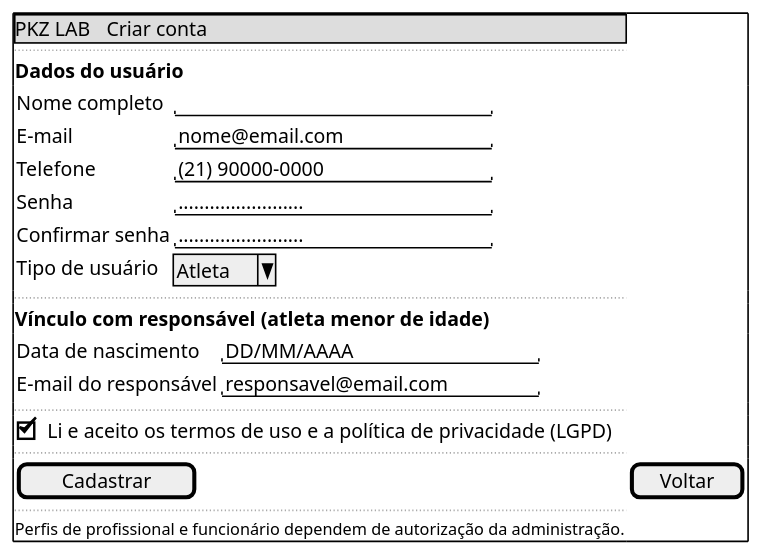
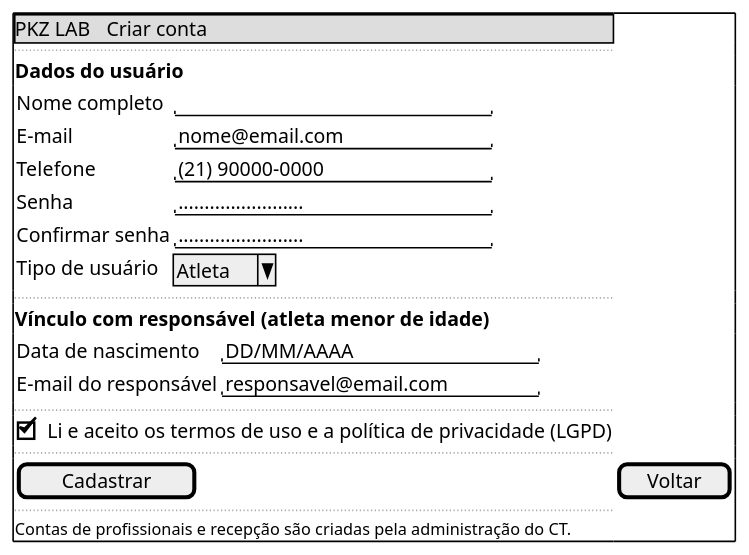
The third of 10 diagrams in docs/Iniciacao/prototipo_baixa_fidelidade.md (Projetos-de-Extensao/PECDII_26.2_8001_II), drawn with PlantUML before and after one commit. The commit also changed other lines of this file and 8 other files, not shown here.

````diff
--- a/docs/Iniciacao/prototipo_baixa_fidelidade.md
+++ b/docs/Iniciacao/prototipo_baixa_fidelidade.md
@@ -129,30 +129,30 @@
 ```plantuml
 @startsalt
 scale 1.3
 {+
   {* PKZ LAB | Criar conta }
   ..
   <b>Dados do usuário
   {
     Nome completo     | "                        "
     E-mail            | "nome@email.com          "
     Telefone          | "(21) 90000-0000         "
     Senha             | "........................"
     Confirmar senha   | "........................"
     Tipo de usuário   | ^Atleta^
   }
   ..
   <b>Vínculo com responsável (atleta menor de idade)
   {
     Data de nascimento    | "DD/MM/AAAA              "
     E-mail do responsável | "responsavel@email.com   "
   }
   ..
   [X] Li e aceito os termos de uso e a política de privacidade (LGPD)
   ..
   [  Cadastrar  ] | [ Voltar ]
   ..
-  <size:10>Perfis de profissional e funcionário dependem de autorização da administração.</size>
+  <size:10>Contas de profissionais e recepção são criadas pela administração do CT.</size>
 }
 @endsalt
 ```
````
